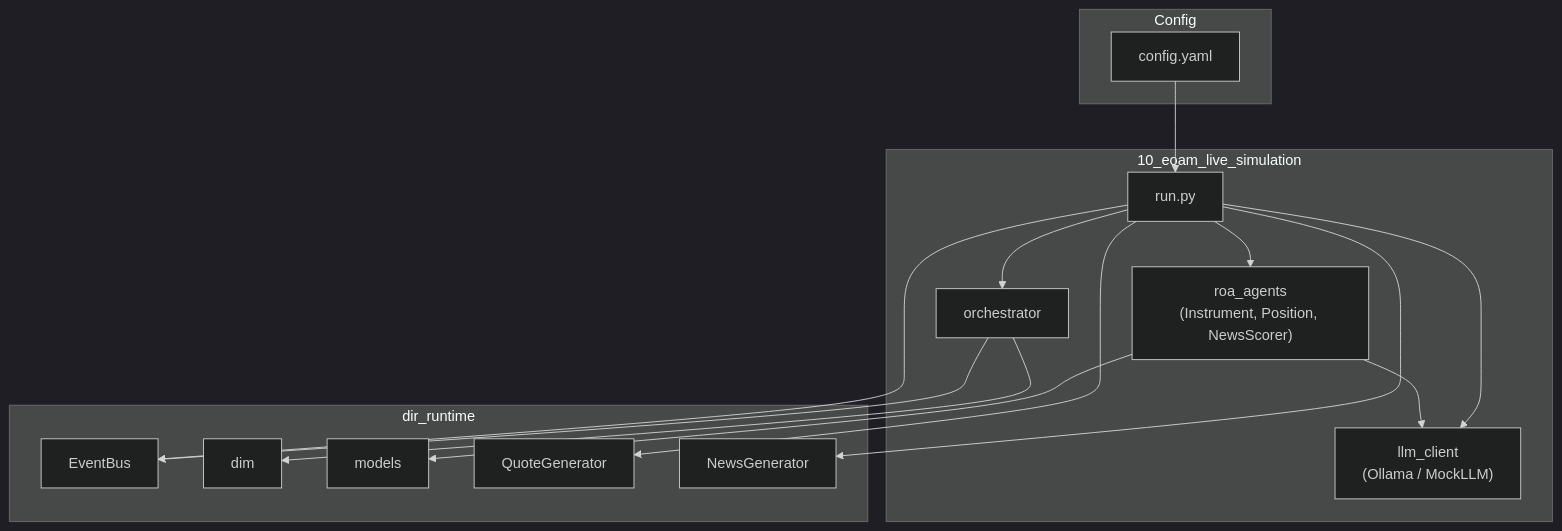
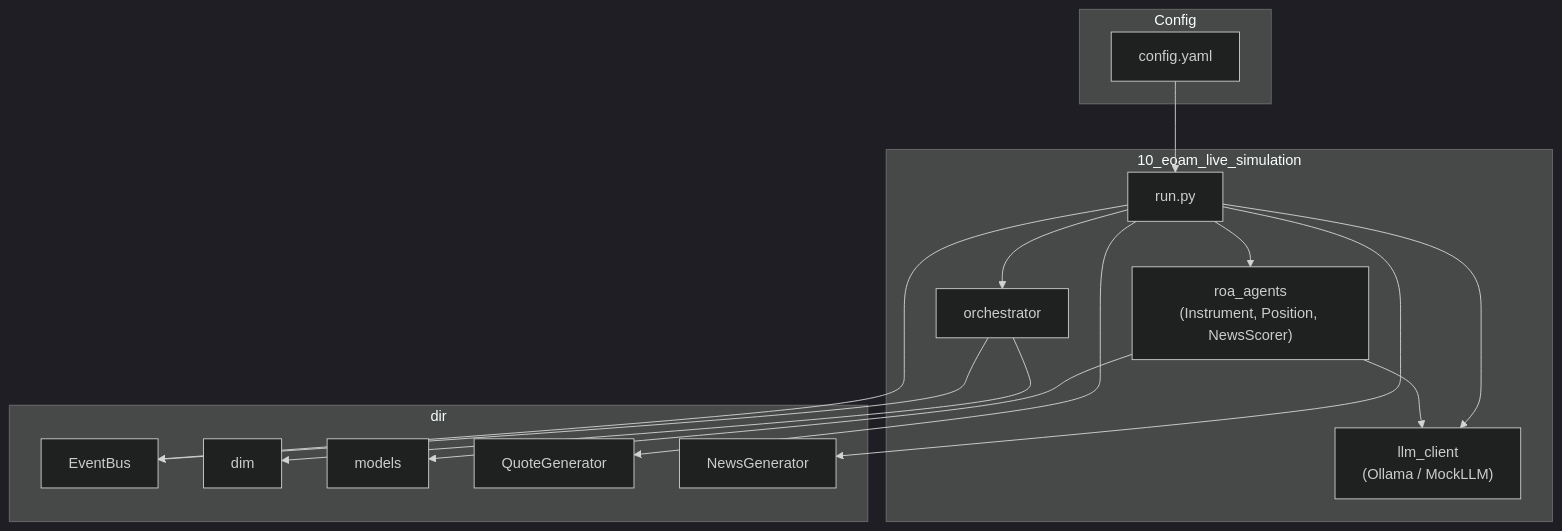
The fourth of 4 diagrams in samples/31_finance_trading/README.md (huka81/decision-intelligence-runtime), drawn with Mermaid (dark theme) before and after one commit. The commit also changed other lines of this file and 57 other files, not shown here.

````diff
--- a/samples/31_finance_trading/README.md
+++ b/samples/31_finance_trading/README.md
@@ -190,33 +190,33 @@
 ```mermaid
 flowchart TB
     subgraph Config
         YAML["config.yaml"]
     end
 
     subgraph Sample["10_eoam_live_simulation"]
         Run["run.py"]
         LLM["llm_client\n(Ollama / MockLLM)"]
         ROA["roa_agents\n(Instrument, Position, NewsScorer)"]
         Orch["orchestrator"]
     end
 
-    subgraph Dir["dir_runtime"]
+    subgraph Dir["dir"]
         Bus["EventBus"]
         DIM["dim"]
         Models["models"]
         QGen["QuoteGenerator"]
         NGen["NewsGenerator"]
     end
 
     YAML --> Run
     Run --> LLM
     Run --> ROA
     Run --> Orch
     Run --> QGen
     Run --> NGen
     ROA --> LLM
     ROA --> Models
     Orch --> Bus
     Orch --> DIM
     Run --> Bus
 ```
````
